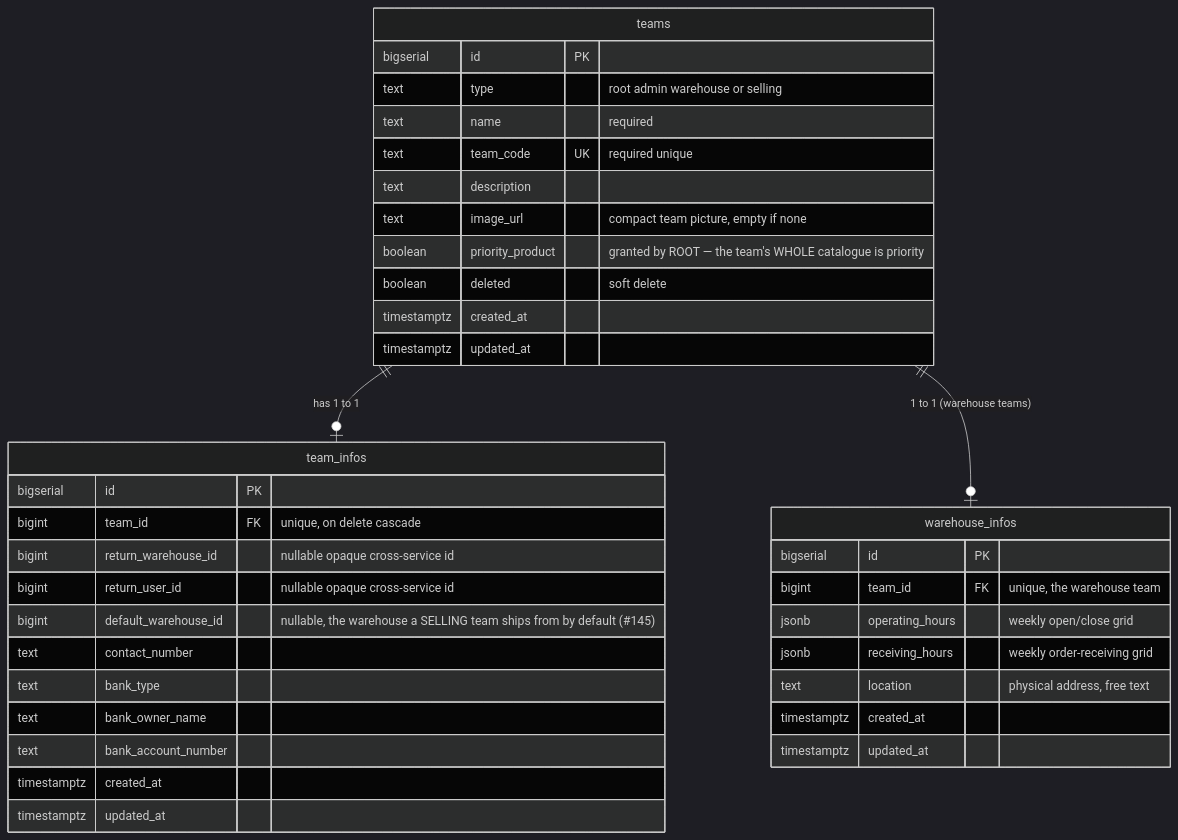
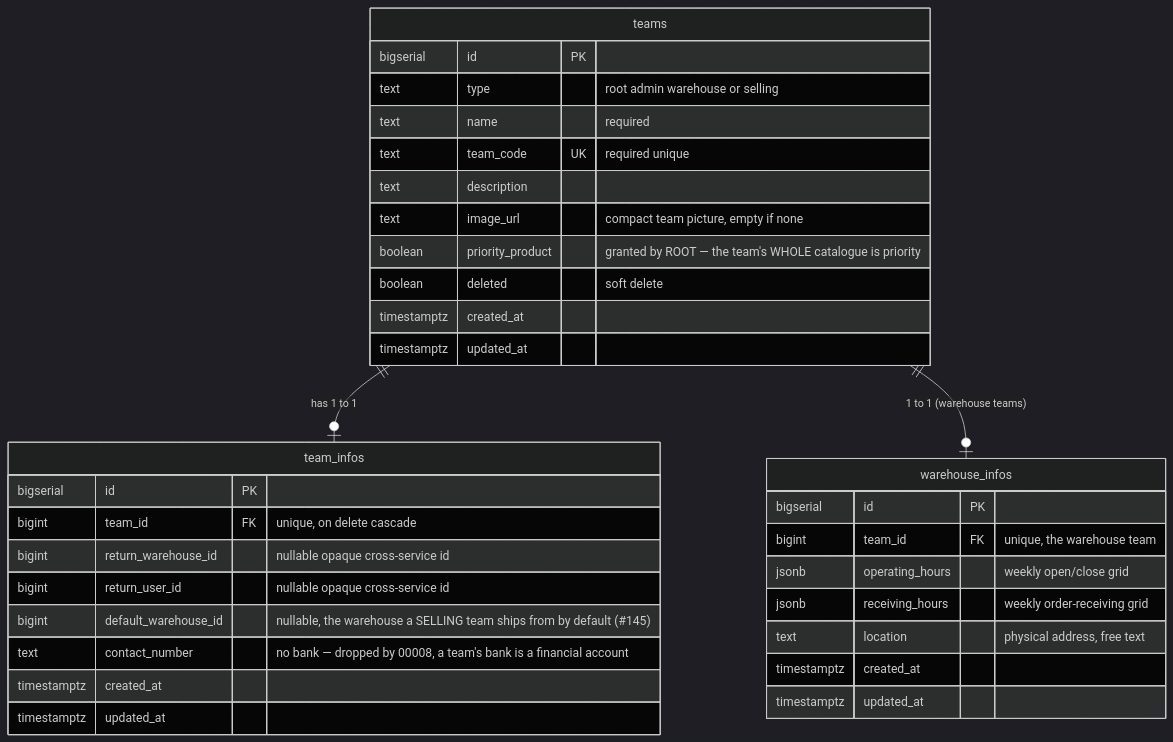
The first of 15 diagrams in docs/database-schema.md (pdcgo/warehouse_revamp), drawn with Mermaid (dark theme) before and after one commit. The commit also changed 19 other files, not shown here.

First line of the commit message:
team_service: drop the team's bank from team_infos - the-team-record-holds-no-bank

````diff
--- a/docs/database-schema.md
+++ b/docs/database-schema.md
@@ -18,42 +18,39 @@
 ```mermaid
 erDiagram
     teams ||--o| team_infos : "has 1 to 1"
     teams ||--o| warehouse_infos : "1 to 1 (warehouse teams)"
 
     teams {
         bigserial   id          PK
         text        type        "root admin warehouse or selling"
         text        name        "required"
         text        team_code   UK "required unique"
         text        description
         text        image_url   "compact team picture, empty if none"
         boolean     priority_product "granted by ROOT — the team's WHOLE catalogue is priority"
         boolean     deleted     "soft delete"
         timestamptz created_at
         timestamptz updated_at
     }
 
     team_infos {
         bigserial   id                  PK
         bigint      team_id             FK "unique, on delete cascade"
         bigint      return_warehouse_id "nullable opaque cross-service id"
         bigint      return_user_id      "nullable opaque cross-service id"
         bigint      default_warehouse_id "nullable, the warehouse a SELLING team ships from by default (#145)"
-        text        contact_number
-        text        bank_type
-        text        bank_owner_name
-        text        bank_account_number
+        text        contact_number "no bank — dropped by 00008, a team's bank is a financial account"
         timestamptz created_at
         timestamptz updated_at
     }
 
     warehouse_infos {
         bigserial   id              PK
         bigint      team_id         FK "unique, the warehouse team"
         jsonb       operating_hours "weekly open/close grid"
         jsonb       receiving_hours "weekly order-receiving grid"
         text        location        "physical address, free text"
         timestamptz created_at
         timestamptz updated_at
     }
 ```
````
